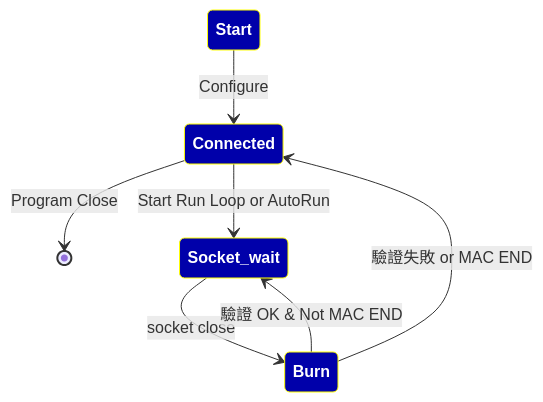
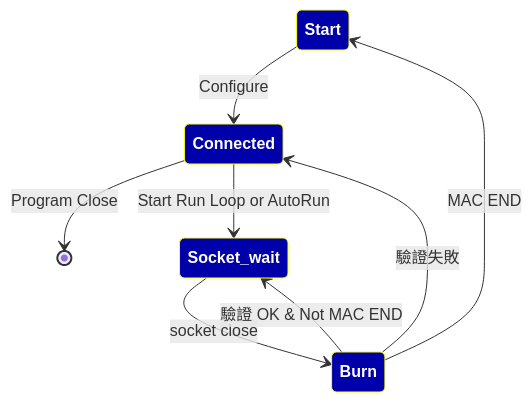
Before and after one commit to tomjpsun/obsidianVaults: the diagram in 專案/DM9051A OTP 燒錄專案/Production 規劃.md, drawn with Mermaid.

Commit message:
vault backup: 2024-04-09 16:10:58
Affected files:
專案/DM9051A OTP 燒錄專案/Production 規劃.md

````diff
--- a/專案/DM9051A OTP 燒錄專案/Production 規劃.md
+++ b/專案/DM9051A OTP 燒錄專案/Production 規劃.md
@@ -141,19 +141,20 @@
 ```mermaid
 stateDiagram-v2
         
 classDef Box fill:#00a,color:white,font-weight:bold,stroke-cwidth:2px,stroke:yellow
 
 Start --> Connected: Configure
 Connected --> [*]: Program Close
 Connected --> Socket_wait: Start Run Loop or AutoRun
 
 Socket_wait --> Burn: socket close
 Burn --> Socket_wait: 驗證 OK & Not MAC END
-Burn --> Connected: 驗證失敗 or MAC END
+Burn --> Connected: 驗證失敗
+Burn --> Start: MAC END
 
 
 class Connected Box
 class Socket_wait Box
 class Burn Box
 class Start Box
 ```
````
